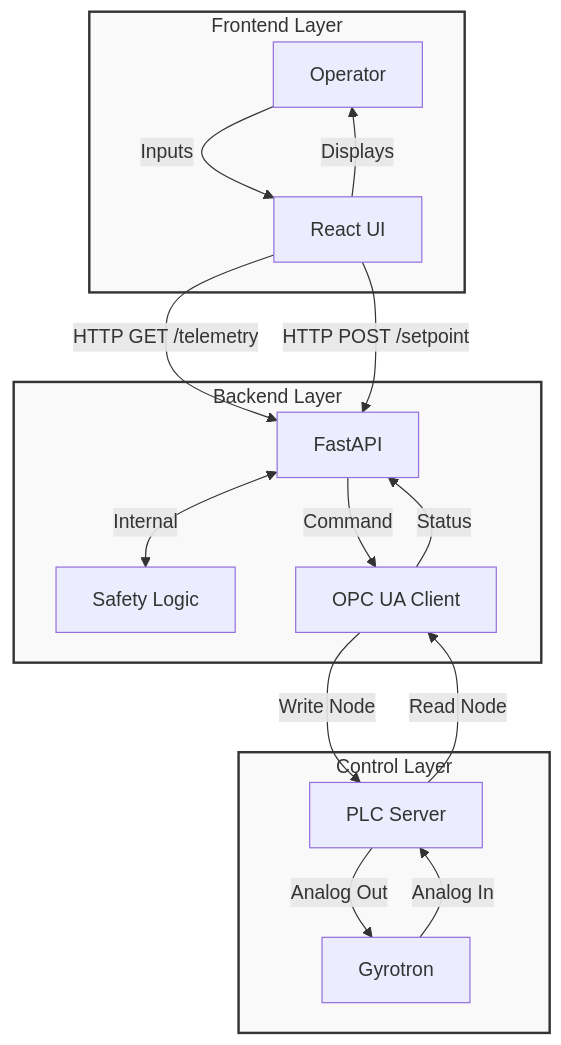
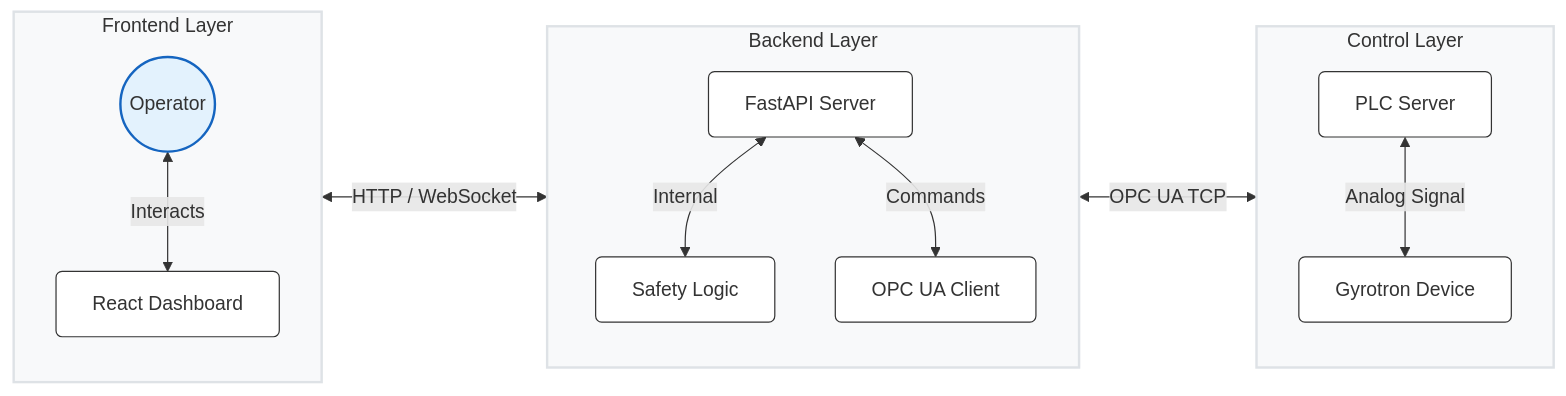
One commit to BigDedoo/Gyrotron_control changed the diagram in README.md. Above: the diagram before and after it, drawn with Mermaid.

Commit message:
docs: Improve system architecture diagram readability

````diff
--- a/README.md
+++ b/README.md
@@ -11,25 +11,45 @@
 ```mermaid
-graph TD
-    subgraph Frontend_Layer ["Frontend Layer"]
-        User[Operator] -->|Inputs| UI[React UI]
-        UI -->|Displays| User
+graph LR
+    %% User Interface Layer
+    subgraph Frontend ["Frontend Layer"]
+        direction TB
+        Operator((Operator))
+        UI[React Dashboard]
+        
+        Operator <-->|Interacts| UI
     end
 
-    subgraph Backend_Layer ["Backend Layer"]
-        UI -->|HTTP GET /telemetry| API[FastAPI]
-        UI -->|HTTP POST /setpoint| API
-        API <-->|Internal| Safety[Safety Logic]
-        API -->|Command| OPC[OPC UA Client]
-        OPC -->|Status| API
+    %% Application Layer
+    subgraph Backend ["Backend Layer"]
+        direction TB
+        API[FastAPI Server]
+        Safety[Safety Logic]
+        OPC[OPC UA Client]
+
+        API <-->|Internal| Safety
+        API <-->|Commands| OPC
     end
 
-    subgraph Control_Layer ["Control Layer"]
-        OPC -->|Write Node| PLC[PLC Server]
-        PLC -->|Read Node| OPC
-        PLC -->|Analog Out| Gyrotron
-        Gyrotron -->|Analog In| PLC
+    %% Hardware Control Layer
+    subgraph Control ["Control Layer"]
+        direction TB
+        PLC[PLC Server]
+        Gyrotron[Gyrotron Device]
+        
+        PLC <-->|Analog Signal| Gyrotron
     end
+
+    %% Inter-layer Communication
+    UI <-->|HTTP / WebSocket| API
+    OPC <-->|OPC UA TCP| PLC
+
+    %% Styling
+    classDef box fill:#ffffff,stroke:#333,stroke-width:1px,rx:5,ry:5;
+    class UI,API,Safety,OPC,PLC,Gyrotron box;
+    classDef person fill:#e3f2fd,stroke:#1565c0,stroke-width:2px;
+    class Operator person;
     
-    classDef layer fill:#f9f9f9,stroke:#333,stroke-width:2px;
-    class Frontend_Layer,Backend_Layer,Control_Layer layer
+    style Frontend fill:#f8f9fa,stroke:#dee2e6,stroke-width:2px
+    style Backend fill:#f8f9fa,stroke:#dee2e6,stroke-width:2px
+    style Control fill:#f8f9fa,stroke:#dee2e6,stroke-width:2px
 ```
````
